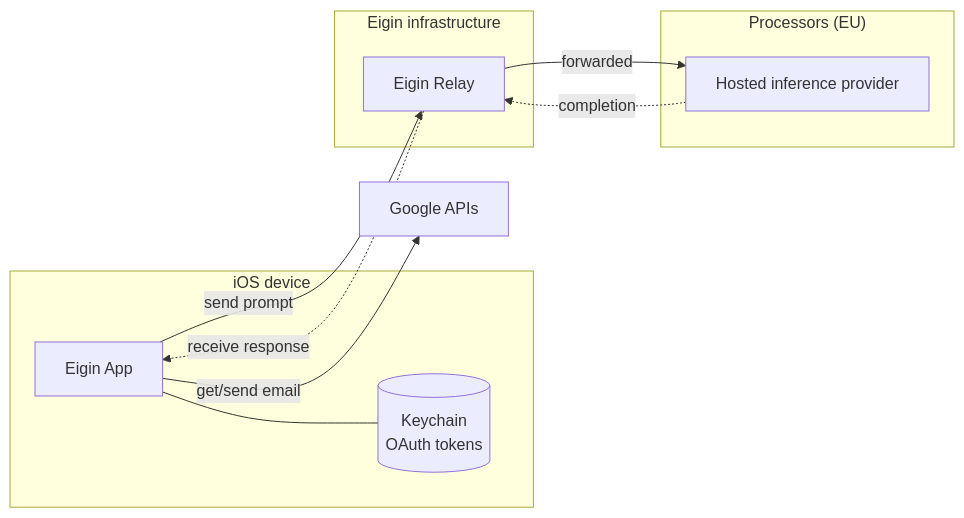
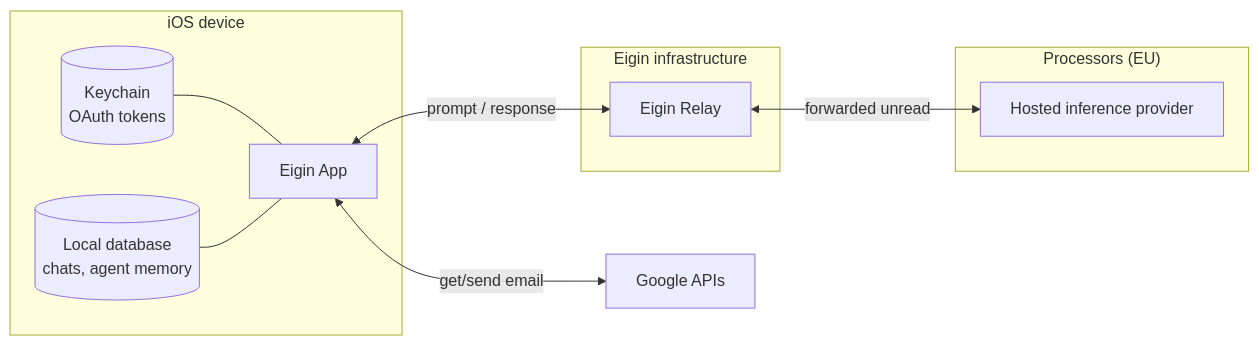
Before and after one commit to Eigin-AI/Eigin: the diagram in docs/src/compliance/casa.md, drawn with Mermaid. The commit also changed other lines of this file, not shown here.

````diff
--- a/docs/src/compliance/casa.md
+++ b/docs/src/compliance/casa.md
@@ -161,21 +168,17 @@
 ```mermaid
 flowchart LR
     subgraph device["iOS device"]
-        app["Eigin App"]
-        kc[("Keychain<br/>OAuth tokens")]
-        app --- kc
+        kc[("Keychain<br/>OAuth tokens")] --- app["Eigin App"]
+        db[("Local database<br/>chats, agent memory")] --- app
     end
     subgraph eigin["Eigin infrastructure"]
         relay["Eigin Relay"]
     end
     subgraph third["Processors (EU)"]
         prov["Hosted inference provider"]
     end
-    google["Google APIs"]
 
-    app -->|"get/send email"| google
-    app -->|"send prompt"| relay
-    relay -->|"forwarded"| prov
-    prov -.->|"completion"| relay
-    relay -.->|"receive response"| app
+    app <-->|"get/send email"| google["Google APIs"]
+    app <-->|"prompt / response"| relay
+    relay <-->|"forwarded unread"| prov
 ```
````
